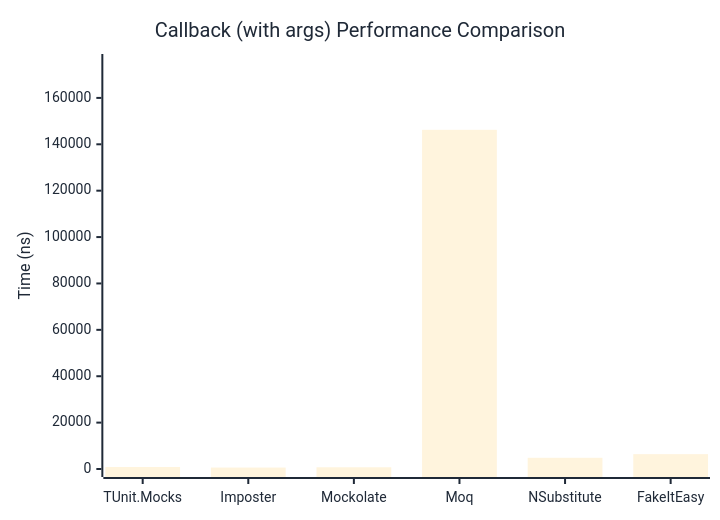
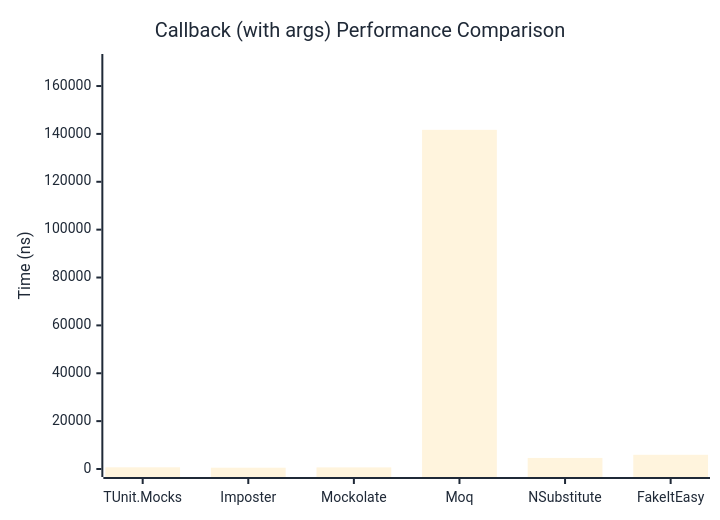
The second of 2 diagrams in docs/docs/benchmarks/mocks/Callback.md (thomhurst/TUnit), drawn with Mermaid before and after one commit. The commit also changed other lines of this file and 14 other files, not shown here.

````diff
--- a/docs/docs/benchmarks/mocks/Callback.md
+++ b/docs/docs/benchmarks/mocks/Callback.md
@@ -69,27 +69,27 @@
 ```mermaid
 %%{init: {
   'theme':'base',
   'themeVariables': {
     'primaryColor': '#2563eb',
     'primaryTextColor': '#1f2937',
     'primaryBorderColor': '#1e40af',
     'lineColor': '#6b7280',
     'secondaryColor': '#7c3aed',
     'tertiaryColor': '#dc2626',
     'background': '#ffffff',
     'pie1': '#2563eb',
     'pie2': '#7c3aed',
     'pie3': '#dc2626',
     'pie4': '#f59e0b',
     'pie5': '#10b981',
     'pie6': '#06b6d4',
     'pie7': '#ec4899',
     'pie8': '#6366f1'
   }
 }}%%
 xychart-beta
   title "Callback (with args) Performance Comparison"
   x-axis ["TUnit.Mocks", "Imposter", "Mockolate", "Moq", "NSubstitute", "FakeItEasy"]
-  y-axis "Time (ns)" 0 --> 175484
-  bar [862.4, 626.9, 749.6, 146236.5, 4833.3, 6400.9]
+  y-axis "Time (ns)" 0 --> 170043
+  bar [703.7, 538.8, 669.6, 141701.8, 4627, 5934.1]
 ```
````
